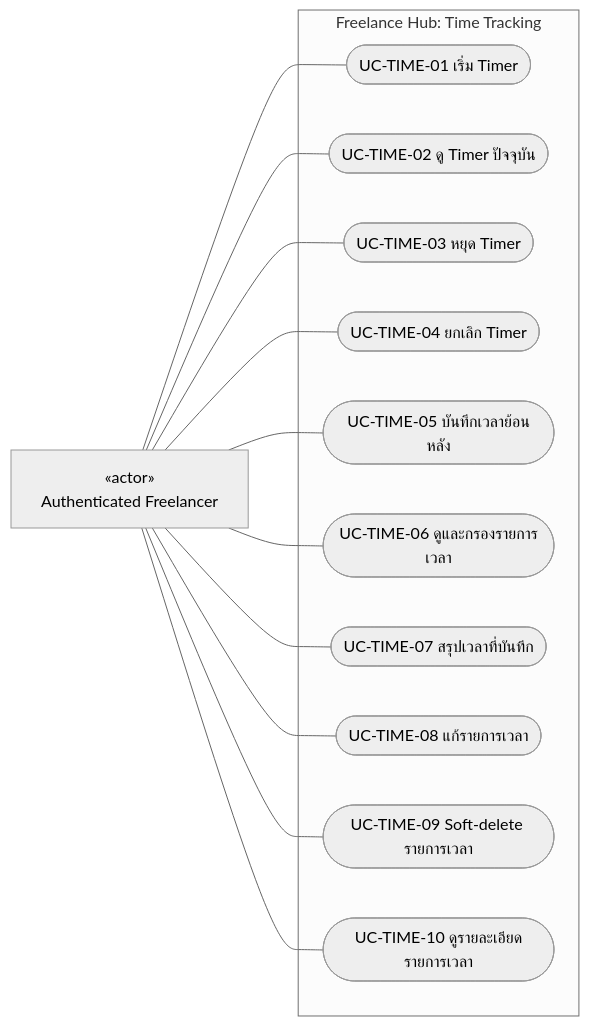
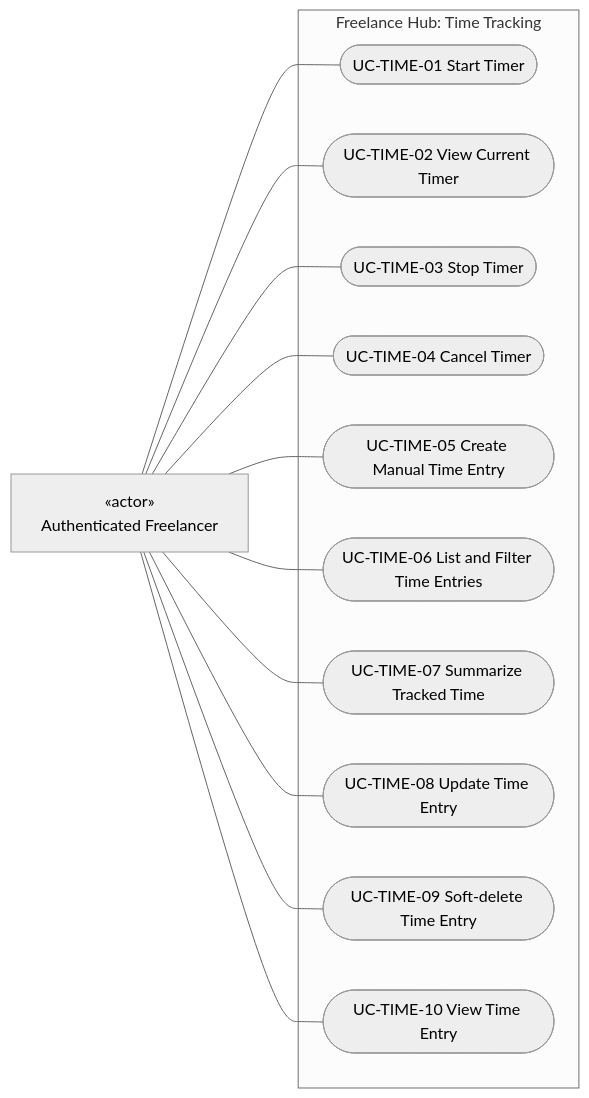
One commit to lillianxhub/freelance-hub changed the fourth of 5 diagrams in doc/diagrams/use-case-diagram.md. Above: the diagram before and after it, drawn with Mermaid (neutral theme). The commit also changed other lines of this file and 18 other files, not shown here.

Commit message:
docs: sync project documentation, consolidate sequence diagrams and update deployment links

````diff
--- a/doc/diagrams/use-case-diagram.md
+++ b/doc/diagrams/use-case-diagram.md
@@ -110,26 +110,26 @@
 ```mermaid
 flowchart LR
     F["«actor»<br/>Authenticated Freelancer"]
     subgraph TIME["Freelance Hub: Time Tracking"]
-        R1(["UC-TIME-01 เริ่ม Timer"])
-        R2(["UC-TIME-02 ดู Timer ปัจจุบัน"])
-        R3(["UC-TIME-03 หยุด Timer"])
-        R4(["UC-TIME-04 ยกเลิก Timer"])
-        E1(["UC-TIME-05 บันทึกเวลาย้อนหลัง"])
-        E2(["UC-TIME-06 ดูและกรองรายการเวลา"])
-        E3(["UC-TIME-07 สรุปเวลาที่บันทึก"])
-        E4(["UC-TIME-08 แก้รายการเวลา"])
-        E5(["UC-TIME-09 Soft-delete รายการเวลา"])
-        E6(["UC-TIME-10 ดูรายละเอียดรายการเวลา"])
+        R1(["UC-TIME-01 Start Timer"])
+        R2(["UC-TIME-02 View Current Timer"])
+        R3(["UC-TIME-03 Stop Timer"])
+        R4(["UC-TIME-04 Cancel Timer"])
+        E1(["UC-TIME-05 Create Manual Time Entry"])
+        E2(["UC-TIME-06 List and Filter Time Entries"])
+        E3(["UC-TIME-07 Summarize Tracked Time"])
+        E4(["UC-TIME-08 Update Time Entry"])
+        E5(["UC-TIME-09 Soft-delete Time Entry"])
+        E6(["UC-TIME-10 View Time Entry"])
     end
     F --- R1
     F --- R2
     F --- R3
     F --- R4
     F --- E1
     F --- E2
     F --- E3
     F --- E4
     F --- E5
     F --- E6
 ```
````
